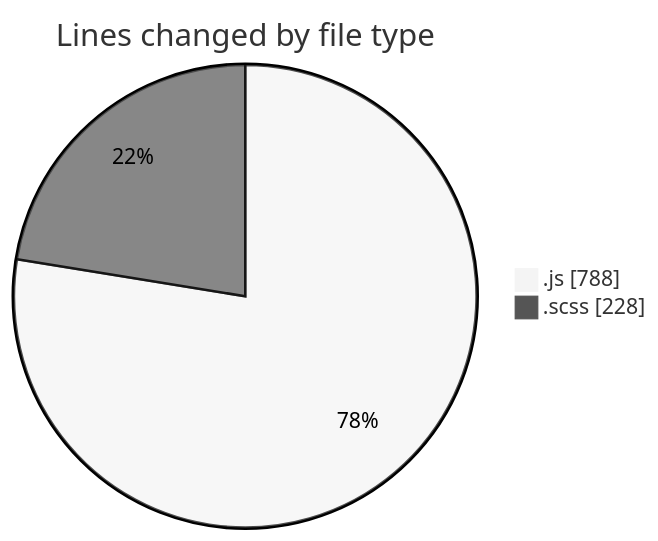
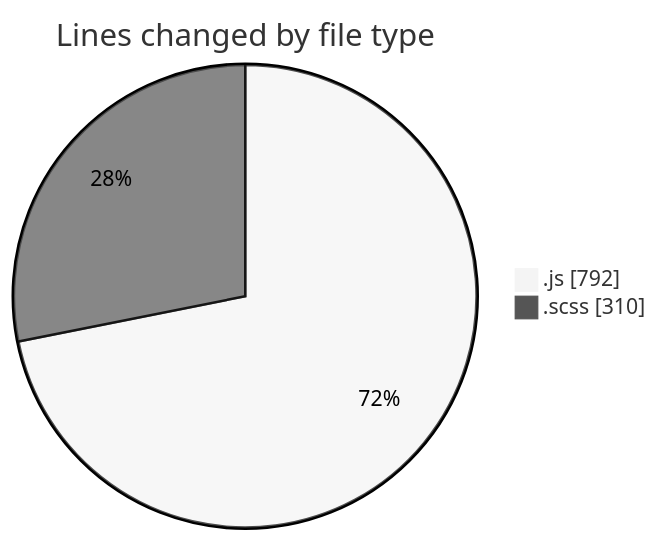
Before and after one commit to momahboobian/code-tracking: the first of 2 diagrams in 2026-01-05/cda/README.md, drawn with Mermaid (neutral theme). The commit also changed other lines of this file and 1 other file, not shown here.

````diff
--- a/2026-01-05/cda/README.md
+++ b/2026-01-05/cda/README.md
@@ -25,6 +26,6 @@
 ```mermaid
 pie showData
 title Lines changed by file type
-".js" : 788
-".scss" : 228
+".js" : 792
+".scss" : 310
 ```
````
